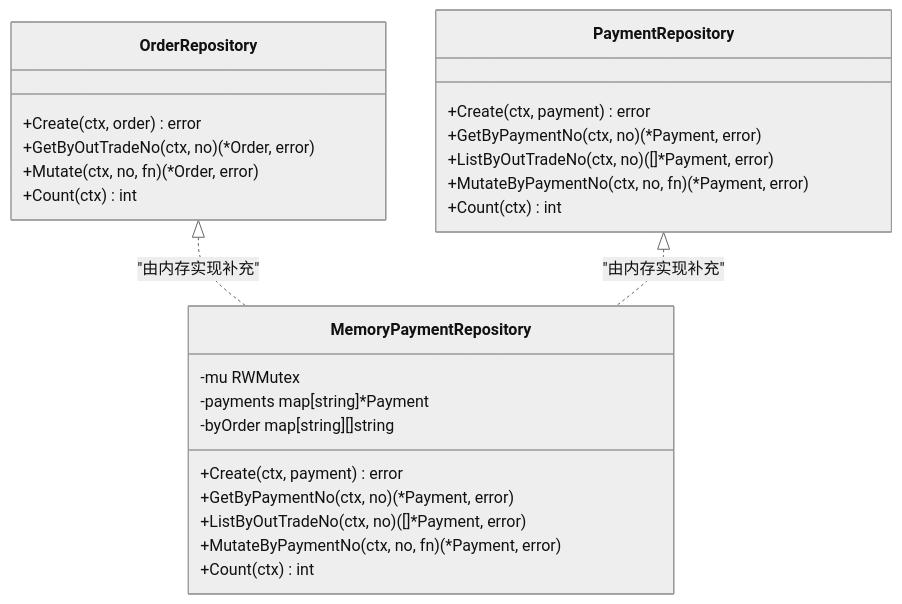
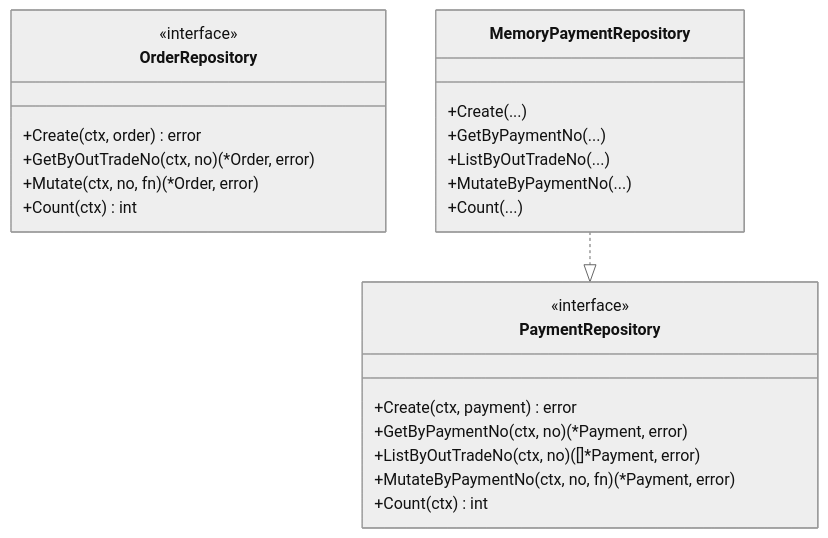
The seventh of 9 diagrams in .qoder/repowiki/zh/content/架构设计/架构设计.md (gbtdesign/payment), drawn with Mermaid (neutral theme) before and after one commit. The commit also changed other lines of this file and 107 other files, not shown here.

````diff
--- a/.qoder/repowiki/zh/content/架构设计/架构设计.md
+++ b/.qoder/repowiki/zh/content/架构设计/架构设计.md
@@ -242,28 +275,26 @@
 ```mermaid
 classDiagram
 class OrderRepository {
+<<interface>>
 +Create(ctx, order) error
 +GetByOutTradeNo(ctx, no) (*Order, error)
 +Mutate(ctx, no, fn) (*Order, error)
 +Count(ctx) int
 }
 class PaymentRepository {
+<<interface>>
 +Create(ctx, payment) error
 +GetByPaymentNo(ctx, no) (*Payment, error)
 +ListByOutTradeNo(ctx, no) ([]*Payment, error)
 +MutateByPaymentNo(ctx, no, fn) (*Payment, error)
 +Count(ctx) int
 }
 class MemoryPaymentRepository {
--mu RWMutex
--payments map[string]*Payment
--byOrder map[string][]string
-+Create(ctx, payment) error
-+GetByPaymentNo(ctx, no) (*Payment, error)
-+ListByOutTradeNo(ctx, no) ([]*Payment, error)
-+MutateByPaymentNo(ctx, no, fn) (*Payment, error)
-+Count(ctx) int
++Create(...)
++GetByPaymentNo(...)
++ListByOutTradeNo(...)
++MutateByPaymentNo(...)
++Count(...)
 }
-OrderRepository <|.. MemoryPaymentRepository : "由内存实现补充"
-PaymentRepository <|.. MemoryPaymentRepository : "由内存实现补充"
+MemoryPaymentRepository ..|> PaymentRepository
 ```
````
